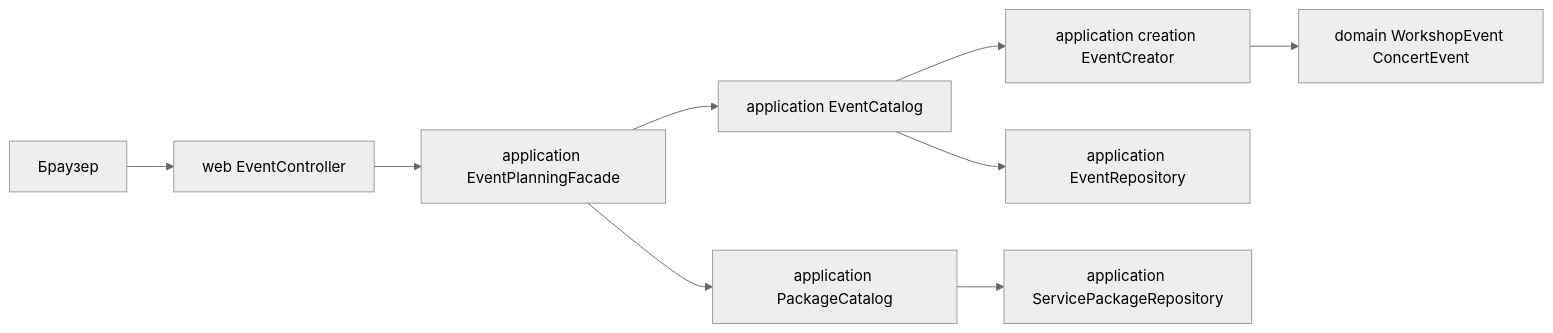
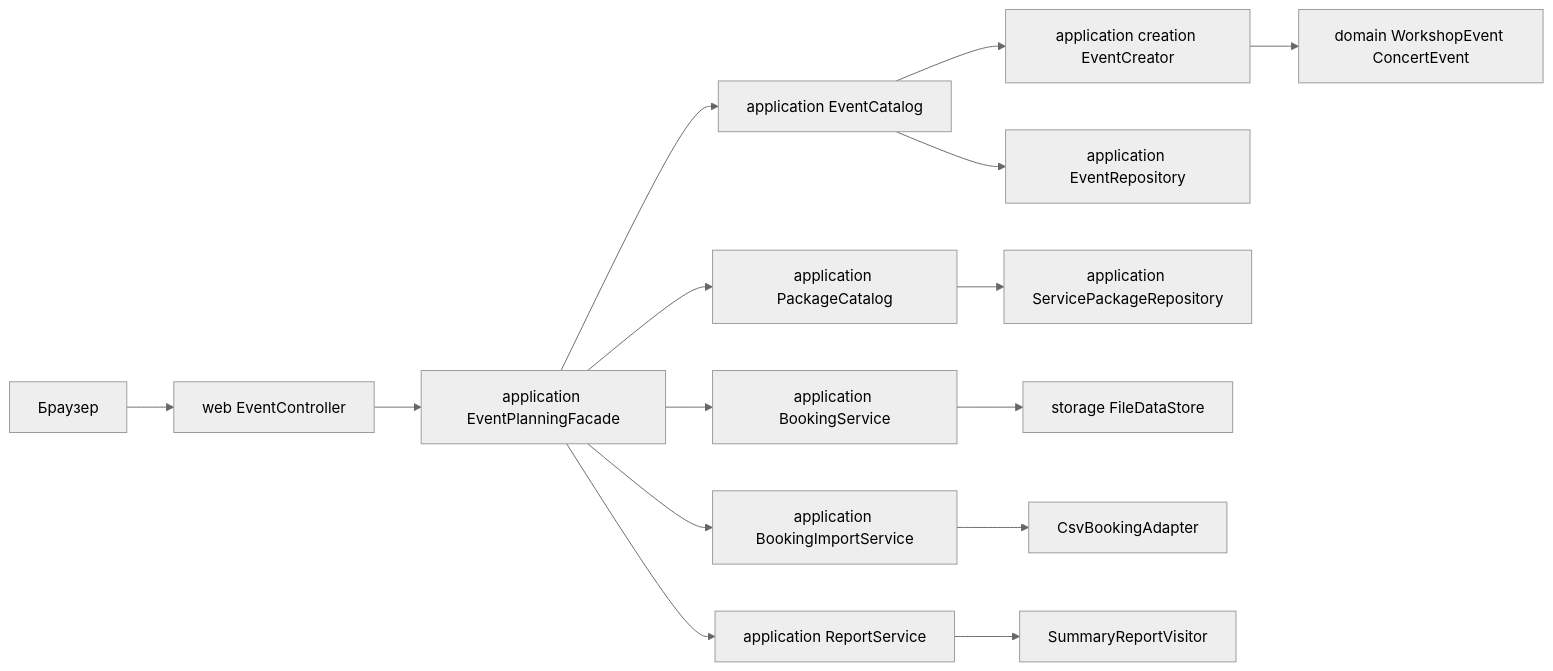
The diagram in docs/PROJECT_PLAN.md (capnco0ks/software-design-patterns-final-project), drawn with Mermaid (neutral theme) before and after one commit. The commit also changed other lines of this file and 8 other files, not shown here.

Commit message:
docs: add Rustam handoff, UML, test matrix and PDF draft

````diff
--- a/docs/PROJECT_PLAN.md
+++ b/docs/PROJECT_PLAN.md
@@ -34,11 +35,17 @@
 ```mermaid
 flowchart LR
     Browser[Браузер] --> Web[web EventController]
     Web --> Facade[application EventPlanningFacade]
     Facade --> Catalog[application EventCatalog]
     Facade --> Packages[application PackageCatalog]
     Catalog --> Creator[application creation EventCreator]
     Creator --> Products[domain WorkshopEvent ConcertEvent]
     Catalog --> EventStore[application EventRepository]
     Packages --> PackageStore[application ServicePackageRepository]
+    Facade --> BookingService[application BookingService]
+    BookingService --> FileStore[storage FileDataStore]
+    Facade --> Importer[application BookingImportService]
+    Importer --> Adapter[CsvBookingAdapter]
+    Facade --> Reports[application ReportService]
+    Reports --> Visitor[SummaryReportVisitor]
 ```
````
